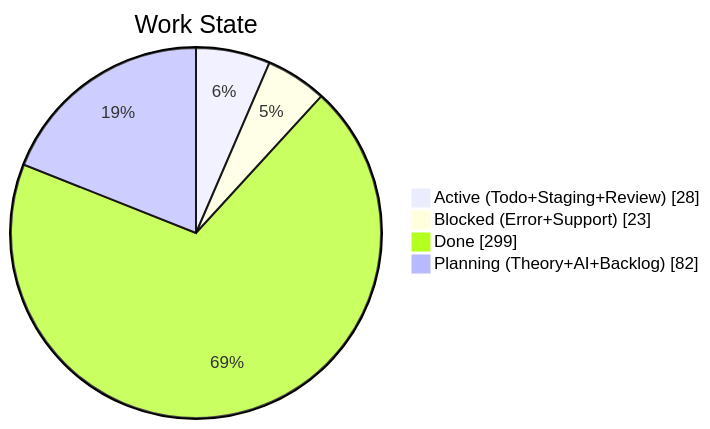
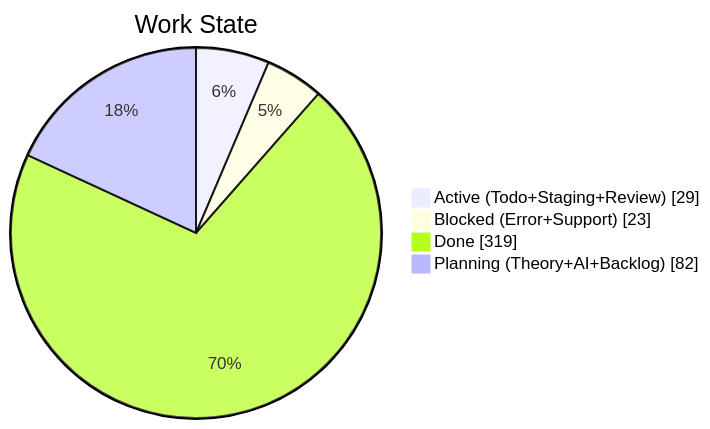
One commit to KBVE/kbve changed the second of 4 diagrams in apps/kbve/astro-kbve/src/content/docs/dashboard/kanban-data.mdx. Above: the diagram before and after it, drawn with Mermaid. The commit also changed other lines of this file and 2 other files, not shown here.

````diff
--- a/apps/kbve/astro-kbve/src/content/docs/dashboard/kanban-data.mdx
+++ b/apps/kbve/astro-kbve/src/content/docs/dashboard/kanban-data.mdx
@@ -204,8 +204,8 @@
 ```mermaid
 pie showData
     title Work State
-    "Active (Todo+Staging+Review)" : 28
+    "Active (Todo+Staging+Review)" : 29
     "Blocked (Error+Support)" : 23
-    "Done" : 299
+    "Done" : 319
     "Planning (Theory+AI+Backlog)" : 82
 ```
````
